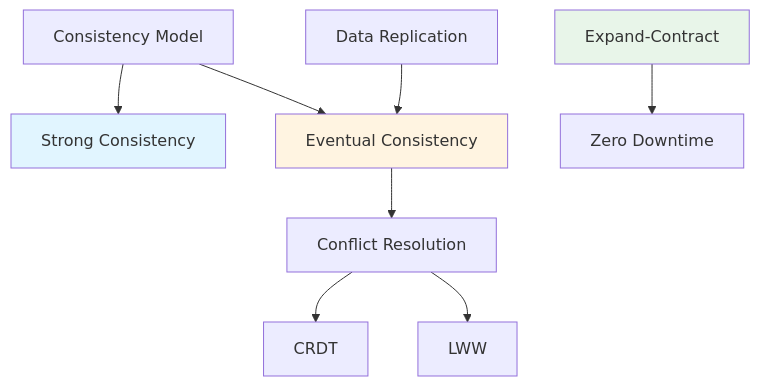
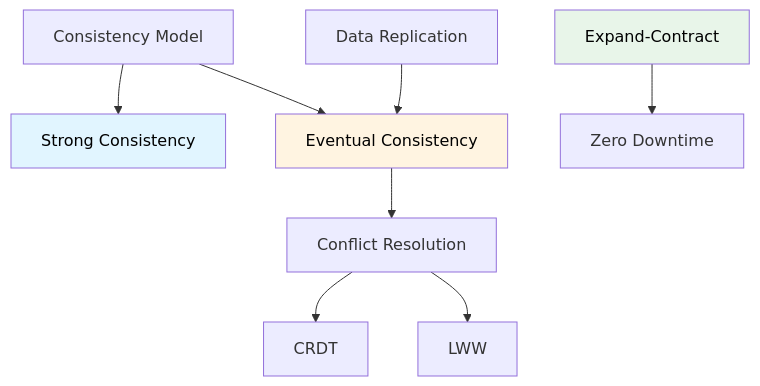
The diagram in docs/fundamentos-corporativos/estandares/datos/data-consistency.md (jclemente-tlm/tlm-doc-architecture), drawn with Mermaid before and after one commit. The commit also changed 21 other files, not shown here.

````diff
--- a/docs/fundamentos-corporativos/estandares/datos/data-consistency.md
+++ b/docs/fundamentos-corporativos/estandares/datos/data-consistency.md
@@ -48,14 +48,14 @@
 ```mermaid
 graph TB
     A[Consistency Model] --> B[Strong Consistency]
     A --> C[Eventual Consistency]
     C --> D[Conflict Resolution]
     D --> E[CRDT]
     D --> F[LWW]
     G[Data Replication] --> C
     H[Expand-Contract] --> I[Zero Downtime]
 
-    style B fill:#e1f5ff
-    style C fill:#fff4e1
-    style H fill:#e8f5e9
+    style B fill:#e1f5ff,color:#000000
+    style C fill:#fff4e1,color:#000000
+    style H fill:#e8f5e9,color:#000000
 ```
````
